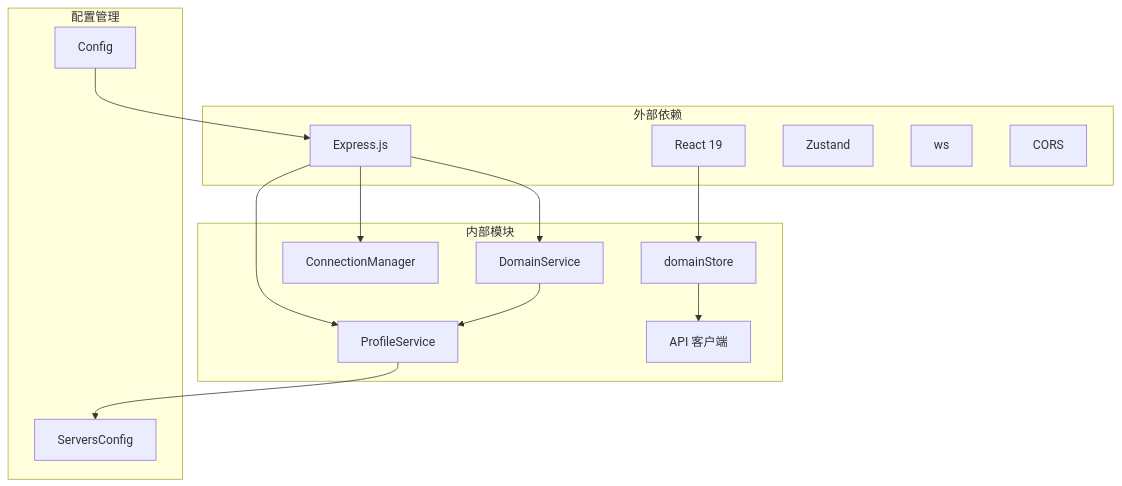
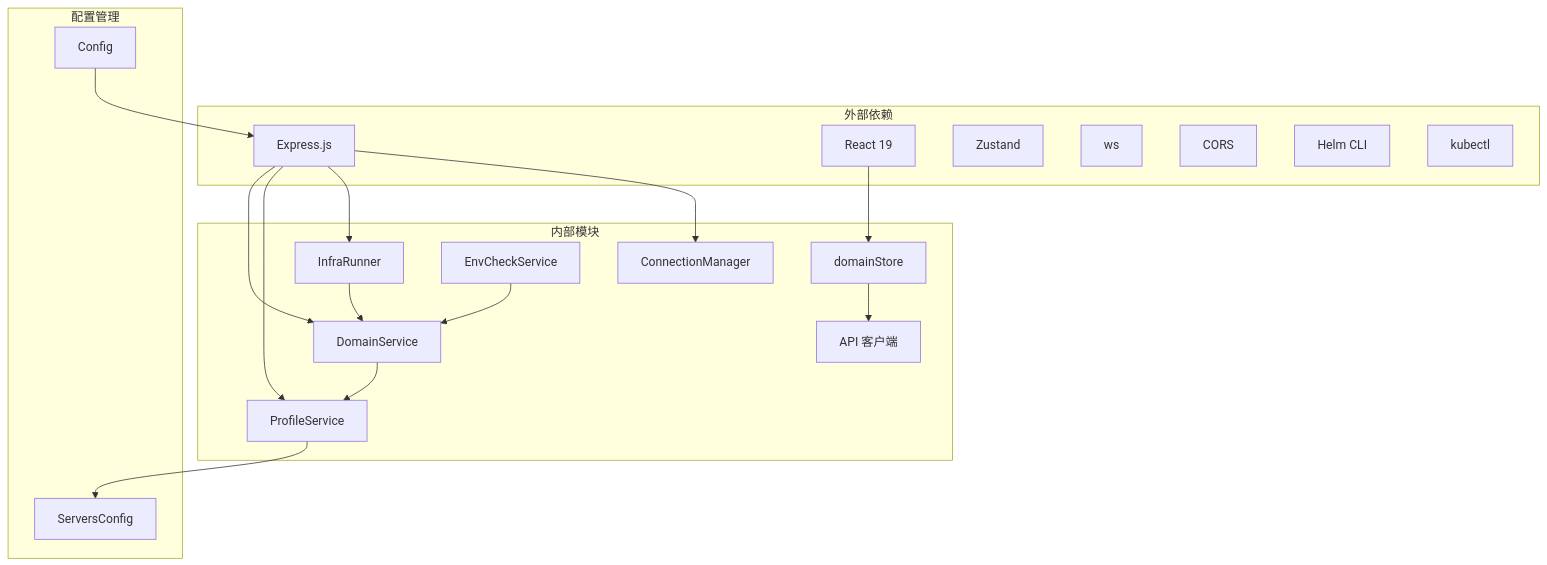
Before and after one commit to RabbitAI-Lab/Sandbox-Manager: the ninth of 9 diagrams in .qoder/repowiki/zh/content/后端服务详解/域名管理系统.md, drawn with Mermaid. The commit also changed other lines of this file and 15 other files, not shown here.

````diff
--- a/.qoder/repowiki/zh/content/后端服务详解/域名管理系统.md
+++ b/.qoder/repowiki/zh/content/后端服务详解/域名管理系统.md
@@ -263,29 +369,36 @@
 ```mermaid
 graph TB
 subgraph "外部依赖"
 Express[Express.js]
 React[React 19]
 Zustand[Zustand]
 WS[ws]
 Cors[CORS]
+Helm[Helm CLI]
+Kubectl[kubectl]
 end
 subgraph "内部模块"
 DomainService[DomainService]
 ProfileService[ProfileService]
+InfraRunner[InfraRunner]
 ConnectionManager[ConnectionManager]
 ApiClient[API 客户端]
 DomainStore[domainStore]
+EnvCheckService[EnvCheckService]
 end
 subgraph "配置管理"
 Config[Config]
 ServersConfig[ServersConfig]
 end
 Express --> DomainService
 Express --> ProfileService
+Express --> InfraRunner
 Express --> ConnectionManager
 React --> DomainStore
 DomainStore --> ApiClient
 DomainService --> ProfileService
 ProfileService --> ServersConfig
+InfraRunner --> DomainService
+EnvCheckService --> DomainService
 Config --> Express
 ```
````
